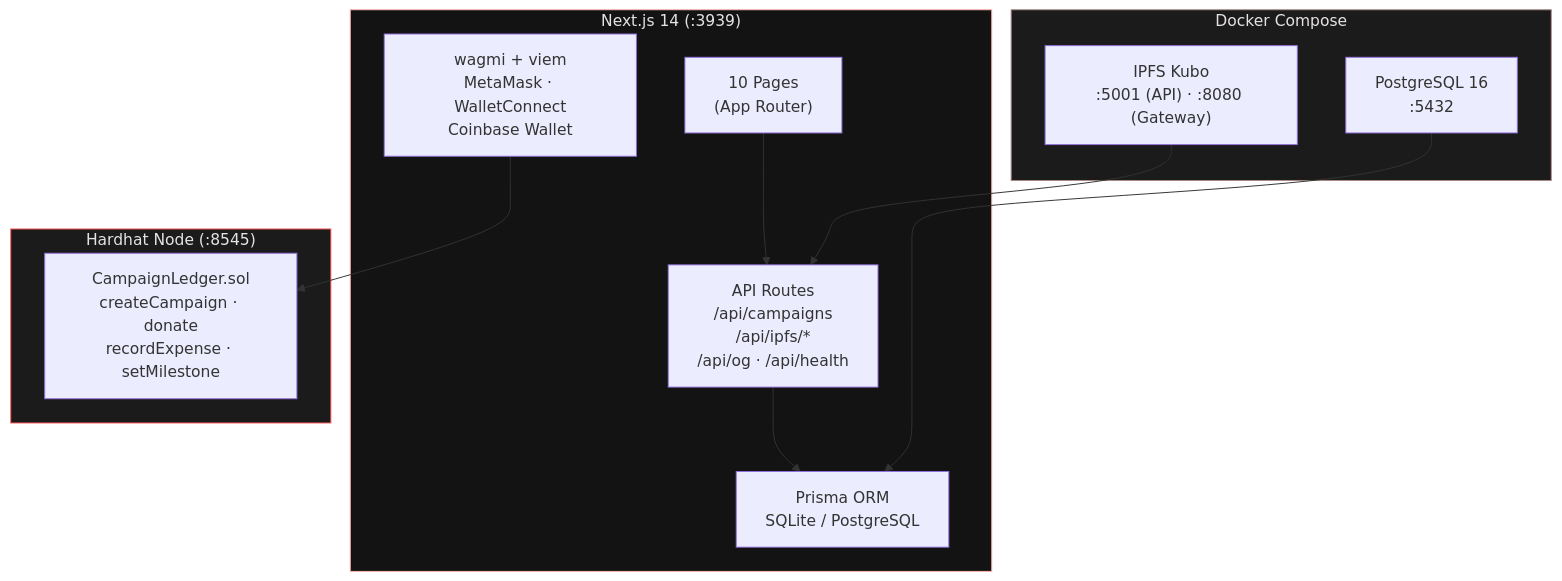
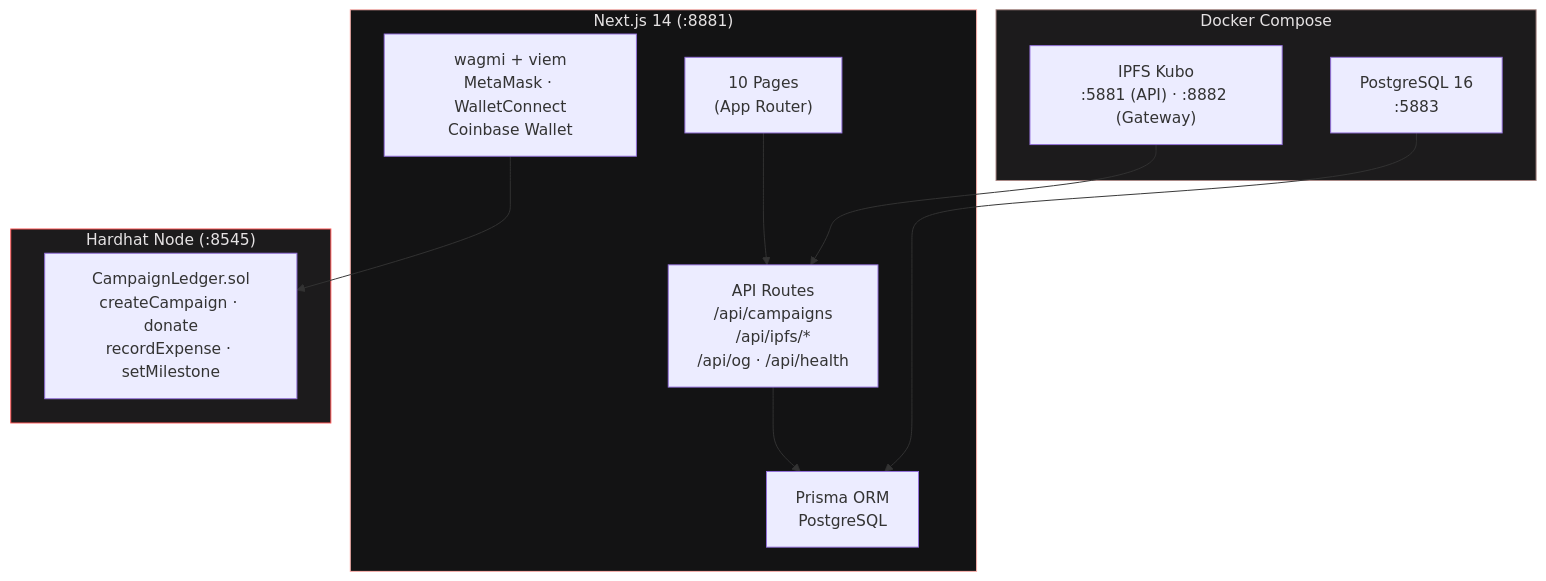
Before and after one commit to ABCDullahh/GotongLedger: the fifth of 6 diagrams in README.md, drawn with Mermaid. The commit also changed other lines of this file, not shown here.

Commit message:
docs: update README with current ports, PostgreSQL, rate limiting

````diff
--- a/README.md
+++ b/README.md
@@ -243,28 +243,28 @@
 ```mermaid
 graph TB
     subgraph Docker["Docker Compose"]
-        IPFS["IPFS Kubo<br/>:5001 (API) · :8080 (Gateway)"]
-        PG["PostgreSQL 16<br/>:5432"]
+        IPFS["IPFS Kubo<br/>:5881 (API) · :8882 (Gateway)"]
+        PG["PostgreSQL 16<br/>:5883"]
     end
 
-    subgraph NextJS["Next.js 14 (:3939)"]
+    subgraph NextJS["Next.js 14 (:8881)"]
         Pages["10 Pages<br/>(App Router)"]
         API["API Routes<br/>/api/campaigns<br/>/api/ipfs/*<br/>/api/og · /api/health"]
-        Prisma["Prisma ORM<br/>SQLite / PostgreSQL"]
+        Prisma["Prisma ORM<br/>PostgreSQL"]
         Wagmi["wagmi + viem<br/>MetaMask · WalletConnect<br/>Coinbase Wallet"]
     end
 
     subgraph Hardhat["Hardhat Node (:8545)"]
         Contract["CampaignLedger.sol<br/>createCampaign · donate<br/>recordExpense · setMilestone"]
     end
 
     IPFS --> API
     PG --> Prisma
     Wagmi --> Contract
     Pages --> API
     API --> Prisma
 
     style Docker fill:#1C1B1C,stroke:#AA8986,color:#E5E2E3
     style NextJS fill:#131314,stroke:#FFB3AE,color:#E5E2E3
     style Hardhat fill:#1C1B1C,stroke:#FF5555,color:#E5E2E3
 ```
````
